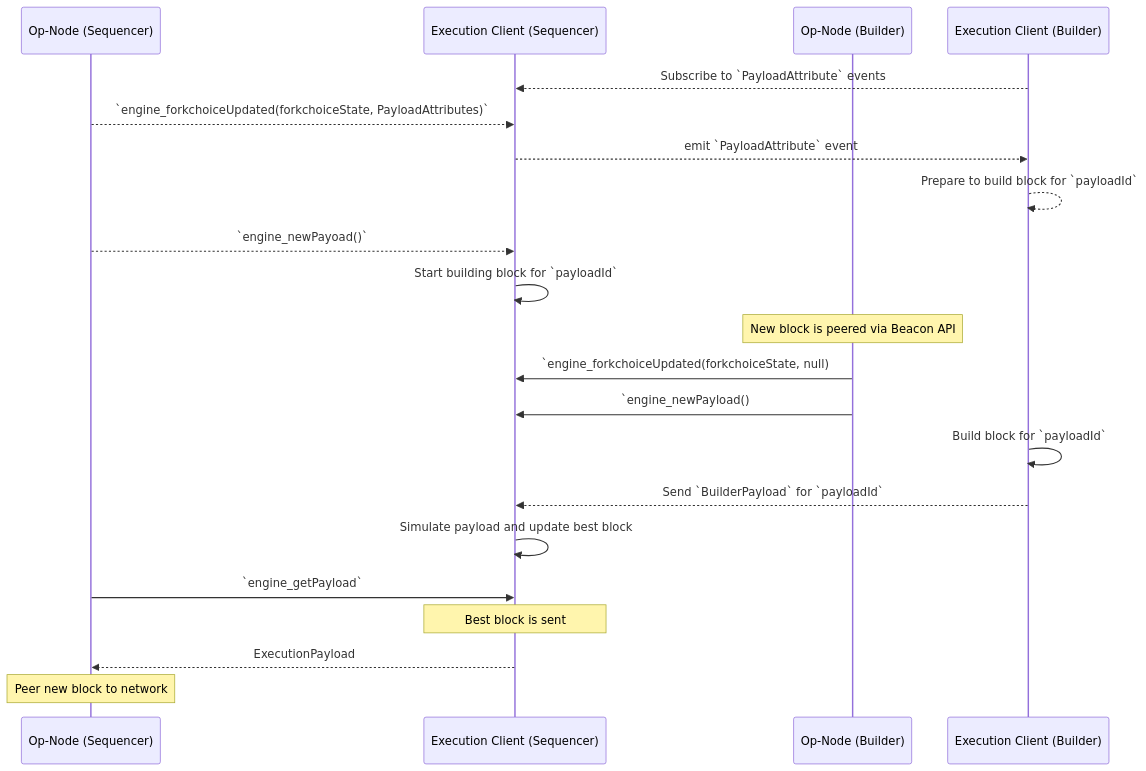
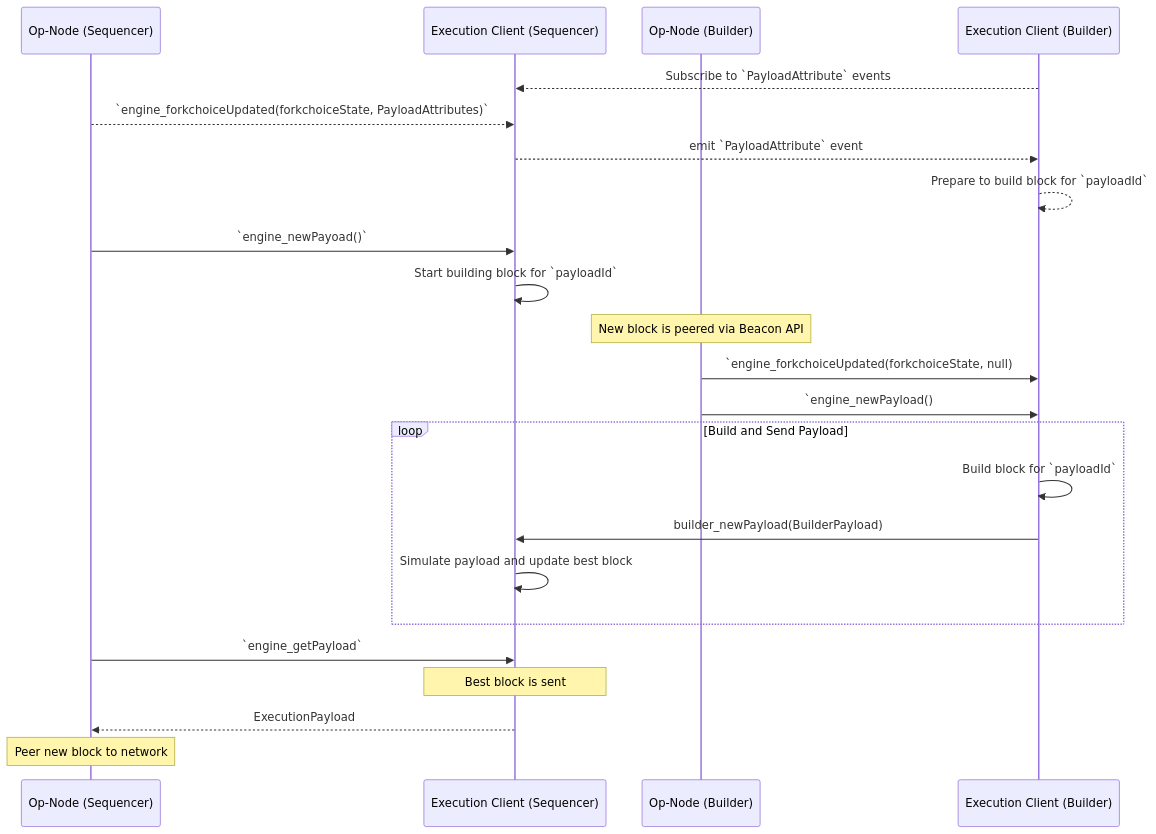
One commit to 0xKitsune/specs changed the diagram in specs/experimental/builder.md. Above: the diagram before and after it, drawn with Mermaid.

````diff
--- a/specs/experimental/builder.md
+++ b/specs/experimental/builder.md
@@ -38,33 +38,34 @@
 ```mermaid
 sequenceDiagram
     participant CLS as Op-Node (Sequencer)
     participant ELS as Execution Client (Sequencer)
     participant CLB as Op-Node (Builder)
     participant ELB as Execution Client (Builder)
 
     %% Pick subscription endpoint %%
     ELB-->>ELS: Subscribe to `PayloadAttribute` events
 
     %% Update to event emission %%
     CLS-->>ELS: `engine_forkchoiceUpdated(forkchoiceState, PayloadAttributes)`
     ELS-->>ELB: emit `PayloadAttribute` event
     ELB-->>ELB: Prepare to build block for `payloadId`
-    CLS-->>ELS: `engine_newPayoad()`
+    CLS->>ELS: `engine_newPayoad()`
     ELS->>ELS: Start building block for `payloadId`
 
     Note over CLB: New block is peered via Beacon API
-    CLB->>ELS: `engine_forkchoiceUpdated(forkchoiceState, null)
-    CLB->>ELS: `engine_newPayload()
+    CLB->>ELB: `engine_forkchoiceUpdated(forkchoiceState, null)
+    CLB->>ELB: `engine_newPayload()
 
-    %% TODO: repeat %% 
-    ELB->>ELB: Build block for `payloadId`
-    ELB-->>ELS: Send `BuilderPayload` for `payloadId`
-    ELS->>ELS: Simulate payload and update best block
-
+    loop Build and Send Payload
+        ELB->>ELB: Build block for `payloadId`
+        ELB->>ELS: builder_newPayload(BuilderPayload)
+        ELS->>ELS: Simulate payload and update best block
+    end
+    
     CLS->>ELS: `engine_getPayload`
     
     Note over ELS: Best block is sent
     ELS-->>CLS: ExecutionPayload
 
     Note over CLS: Peer new block to network
 ```
````
